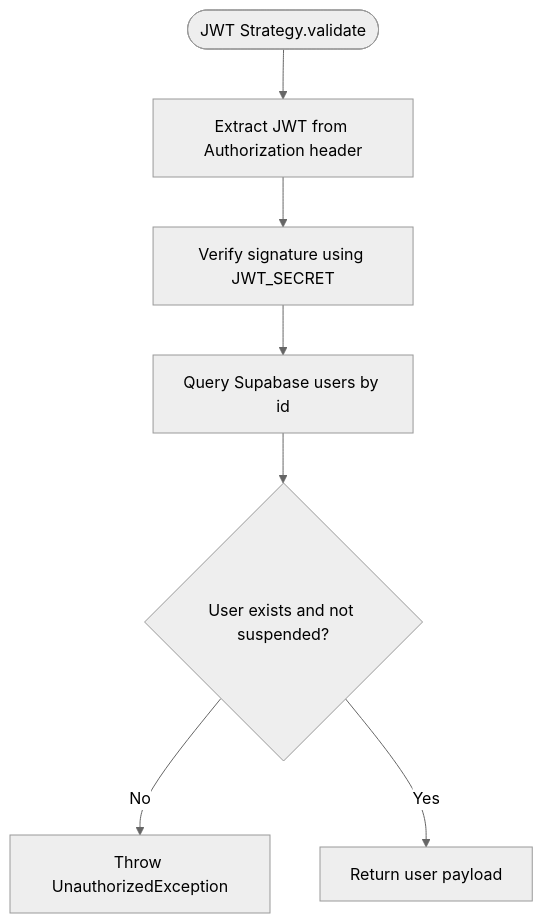
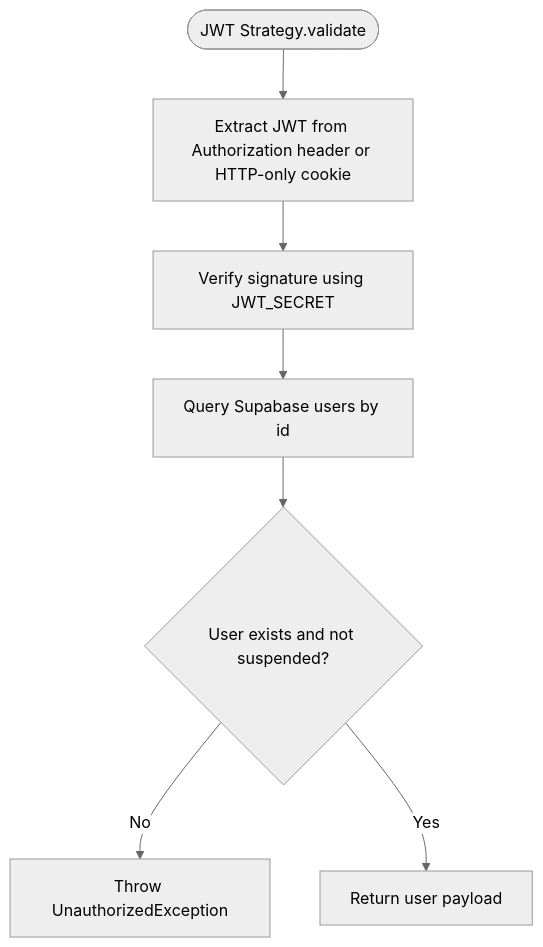
Before and after one commit to devonxjz/MissLost: the third of 9 diagrams in .qoder/repowiki/en/content/Project Overview/Core Features/User Authentication & Authorization.md, drawn with Mermaid (neutral theme). The commit also changed other lines of this file and 12 other files, not shown here.

````diff
--- a/.qoder/repowiki/en/content/Project Overview/Core Features/User Authentication & Authorization.md
+++ b/.qoder/repowiki/en/content/Project Overview/Core Features/User Authentication & Authorization.md
@@ -201,9 +235,9 @@
 ```mermaid
 flowchart TD
-Start(["JWT Strategy.validate"]) --> ReadToken["Extract JWT from Authorization header"]
-ReadToken --> Verify["Verify signature using JWT_SECRET"]
+Start(["JWT Strategy.validate"]) --> ExtractToken["Extract JWT from Authorization header or HTTP-only cookie"]
+ExtractToken --> Verify["Verify signature using JWT_SECRET"]
 Verify --> LookupUser["Query Supabase users by id"]
-LookupUser --> Found{"User exists and not suspended?"}
-Found --> |No| ThrowUnauthorized["Throw UnauthorizedException"]
-Found --> |Yes| ReturnUser["Return user payload"]
+LookupUser --> CheckStatus{"User exists and not suspended?"}
+CheckStatus --> |No| ThrowUnauthorized["Throw UnauthorizedException"]
+CheckStatus --> |Yes| ReturnUser["Return user payload"]
 ```
````
